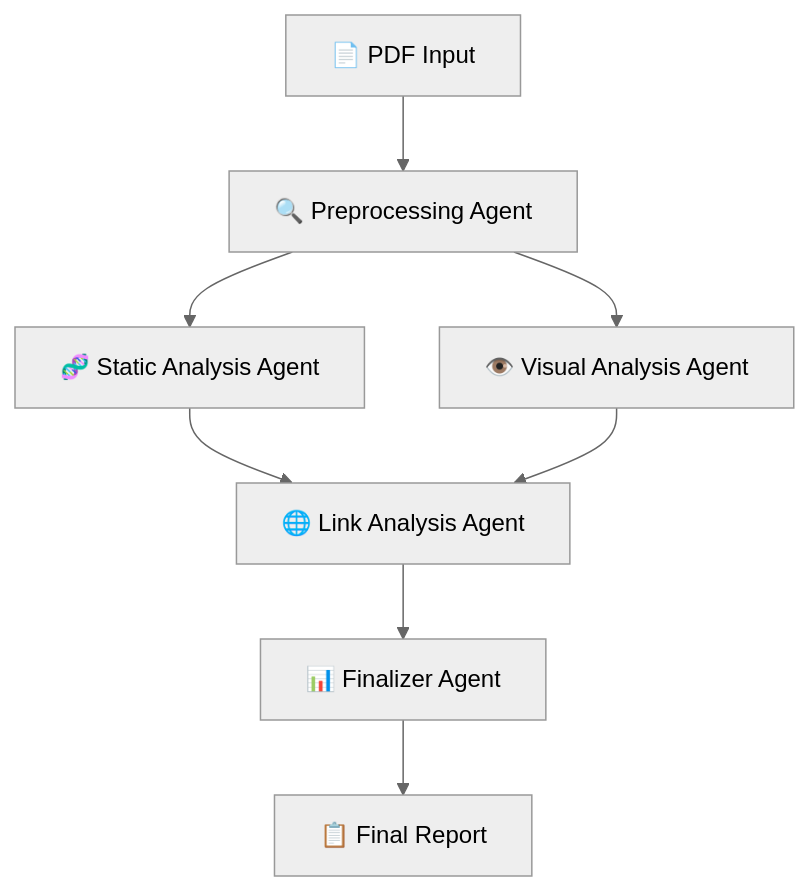
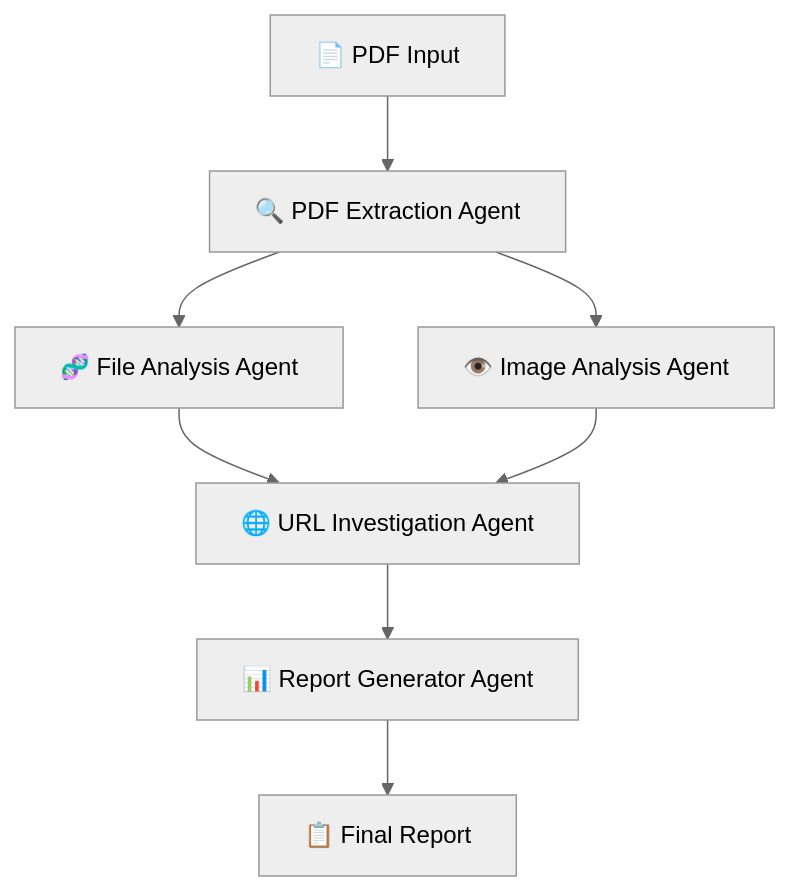
The diagram in README.md (goreliks/pdf-hunter), drawn with Mermaid (neutral theme) before and after one commit. The commit also changed other lines of this file and 32 other files, not shown here.

````diff
--- a/README.md
+++ b/README.md
@@ -19,10 +19,10 @@
 ```mermaid
 graph TD
-    A[📄 PDF Input] --> B[🔍 Preprocessing Agent]
-    B --> C[🧬 Static Analysis Agent]
-    B --> D[👁️ Visual Analysis Agent]
-    C --> E[🌐 Link Analysis Agent]
+    A[📄 PDF Input] --> B[🔍 PDF Extraction Agent]
+    B --> C[🧬 File Analysis Agent]
+    B --> D[👁️ Image Analysis Agent]
+    C --> E[🌐 URL Investigation Agent]
     D --> E
-    E --> F[📊 Finalizer Agent]
+    E --> F[📊 Report Generator Agent]
     F --> G[📋 Final Report]
 ```
````
